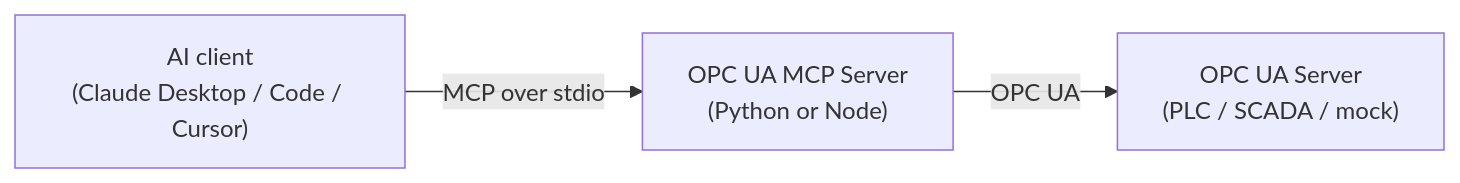
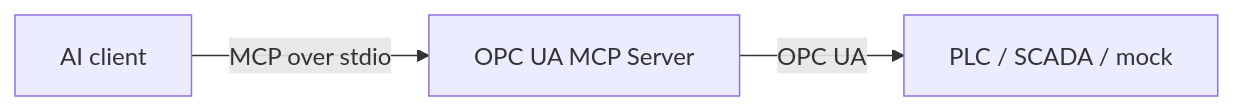
Before and after one commit to IndustriAgents/OPCUA-MCP: the diagram in README.md, drawn with Mermaid. The commit also changed other lines of this file and 10 other files, not shown here.

Commit message:
docs: prepare week-one OPC UA MCP launch materials

````diff
--- a/README.md
+++ b/README.md
@@ -33,5 +60,5 @@
 ```mermaid
 flowchart LR
-    A["AI client<br/>(Claude Desktop / Code / Cursor)"] -->|MCP over stdio| B["OPC UA MCP Server<br/>(Python or Node)"]
-    B -->|OPC UA| C["OPC UA Server<br/>(PLC / SCADA / mock)"]
+    A["AI client"] -->|MCP over stdio| B["OPC UA MCP Server"]
+    B -->|OPC UA| C["PLC / SCADA / mock"]
 ```
````
